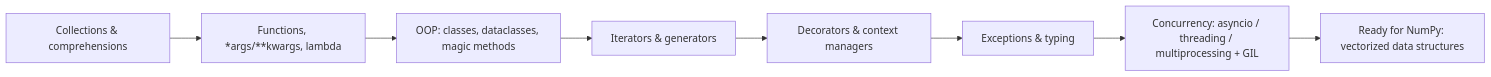
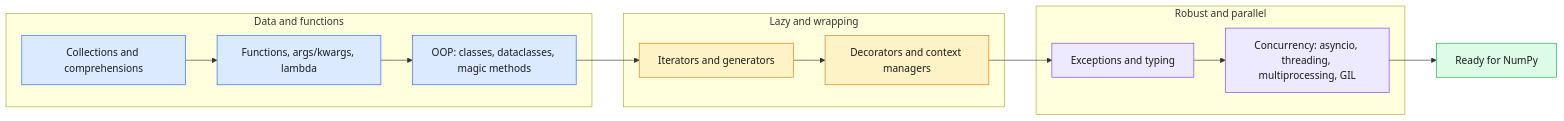
One commit to bhanu-prakash12/ai-ml-engineer-fundamentals changed the first of 2 diagrams in day01_python_data_math/01_python/README.md. Above: the diagram before and after it, drawn with Mermaid. The commit also changed other lines of this file and 68 other files, not shown here.

````diff
--- a/day01_python_data_math/01_python/README.md
+++ b/day01_python_data_math/01_python/README.md
@@ -36,10 +73,24 @@
 ```mermaid
 flowchart LR
-  A[Collections & comprehensions] --> B[Functions, *args/**kwargs, lambda]
-  B --> C[OOP: classes, dataclasses, magic methods]
-  C --> D[Iterators & generators]
-  D --> E[Decorators & context managers]
-  E --> F[Exceptions & typing]
-  F --> G[Concurrency: asyncio / threading / multiprocessing + GIL]
-  G --> H[Ready for NumPy: vectorized data structures]
+  subgraph S1["Data and functions"]
+    A["Collections and comprehensions"] --> B["Functions, args/kwargs, lambda"]
+    B --> C["OOP: classes, dataclasses, magic methods"]
+  end
+  subgraph S2["Lazy and wrapping"]
+    D["Iterators and generators"] --> E["Decorators and context managers"]
+  end
+  subgraph S3["Robust and parallel"]
+    F["Exceptions and typing"] --> G["Concurrency: asyncio, threading, multiprocessing, GIL"]
+  end
+  C --> D
+  E --> F
+  G --> H["Ready for NumPy"]
+  classDef data fill:#DBEAFE,stroke:#2563EB,color:#1a1a1a;
+  classDef lazy fill:#FEF3C7,stroke:#D97706,color:#1a1a1a;
+  classDef safe fill:#EDE9FE,stroke:#7C3AED,color:#1a1a1a;
+  classDef done fill:#DCFCE7,stroke:#16A34A,color:#1a1a1a;
+  class A,B,C data;
+  class D,E lazy;
+  class F,G safe;
+  class H done;
 ```
````
